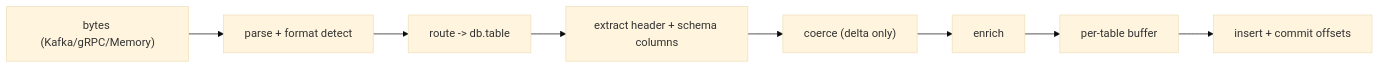
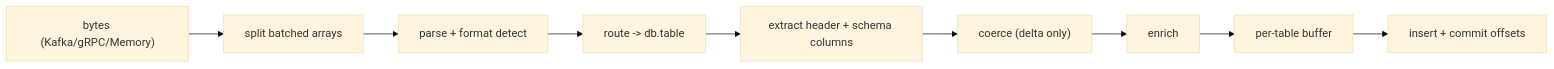
The diagram in docs/pipeline/OVERVIEW.md (hyperi-io/dfe-loader), drawn with Mermaid (base theme) before and after one commit. The commit also changed other lines of this file and 8 other files, not shown here.

````diff
--- a/docs/pipeline/OVERVIEW.md
+++ b/docs/pipeline/OVERVIEW.md
@@ -19,12 +19,13 @@
 ```mermaid
 flowchart LR
     M["bytes (Kafka/gRPC/Memory)"]
+    S["split batched arrays"]
     P["parse + format detect"]
     R["route -> db.table"]
     X["extract header + schema columns"]
     C["coerce (delta only)"]
     E["enrich"]
     B["per-table buffer"]
     I["insert + commit offsets"]
-    M --> P --> R --> X --> C --> E --> B --> I
+    M --> S --> P --> R --> X --> C --> E --> B --> I
 ```
````
